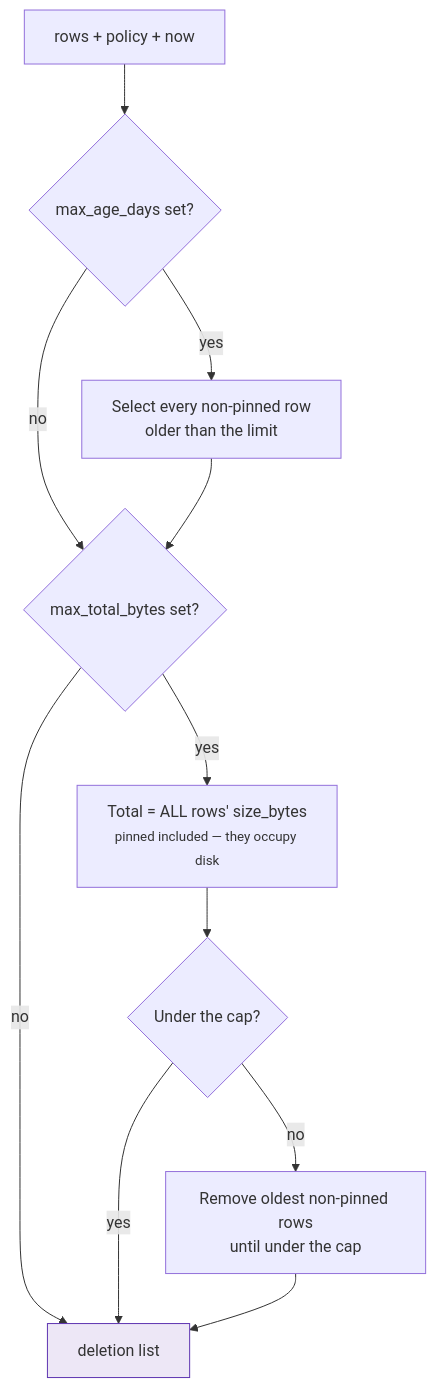
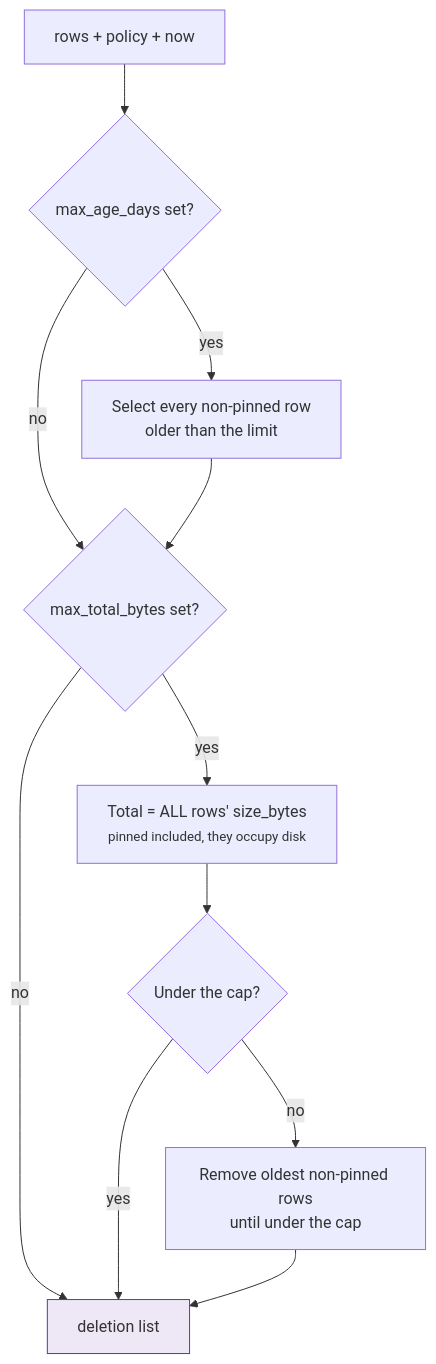
The third of 3 diagrams in docs/data-model.md (NinjaGoldfinch/ninja-recorder), drawn with Mermaid before and after one commit. The commit also changed other lines of this file and 19 other files, not shown here.

````diff
--- a/docs/data-model.md
+++ b/docs/data-model.md
@@ -359,14 +359,14 @@
 ```mermaid
 flowchart TB
     IN["rows + policy + now"] --> AGE{"max_age_days set?"}
     AGE -->|"yes"| OLD["Select every non-pinned row<br/>older than the limit"]
     AGE -->|"no"| SIZE
     OLD --> SIZE{"max_total_bytes set?"}
     SIZE -->|"no"| OUT
-    SIZE -->|"yes"| TOT["Total = ALL rows' size_bytes<br/><small>pinned included — they occupy disk</small>"]
+    SIZE -->|"yes"| TOT["Total = ALL rows' size_bytes<br/><small>pinned included, they occupy disk</small>"]
     TOT --> UNDER{"Under the cap?"}
     UNDER -->|"yes"| OUT
     UNDER -->|"no"| EVICT["Remove oldest non-pinned rows<br/>until under the cap"]
     EVICT --> OUT["deletion list"]
     style OUT fill:#ede7f6,stroke:#5e35b1
 ```
````
